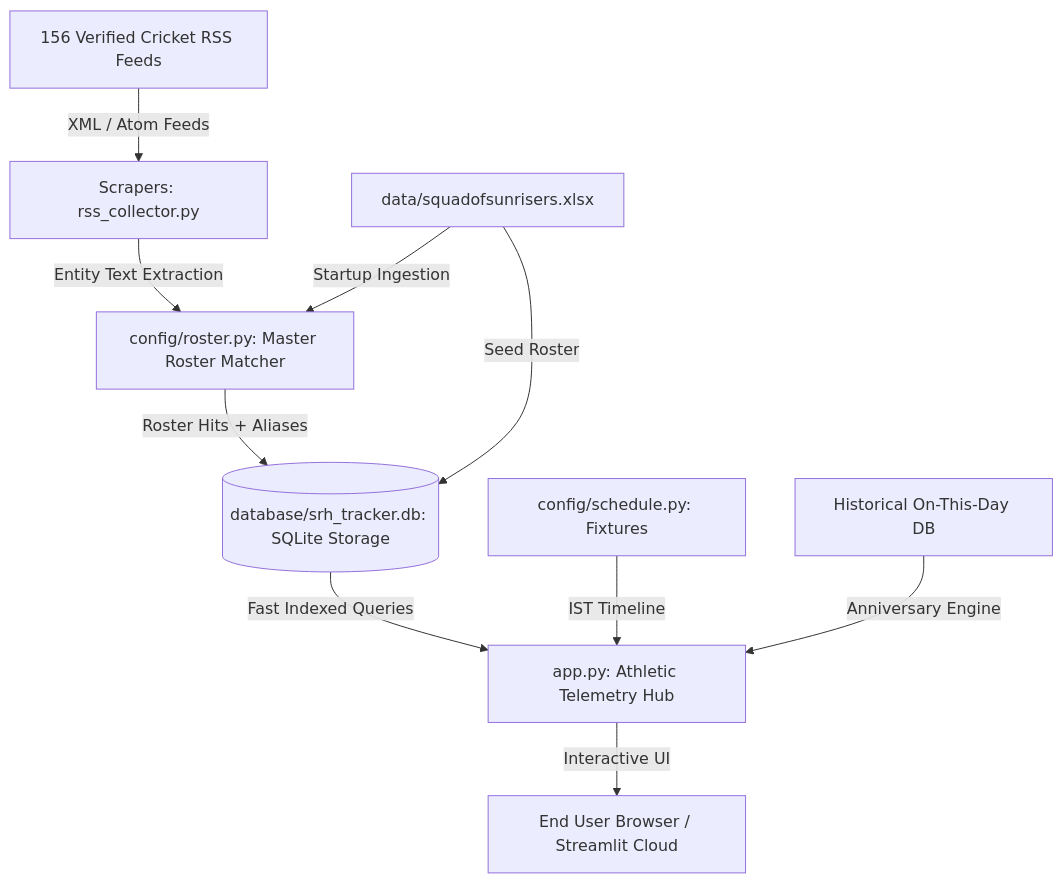
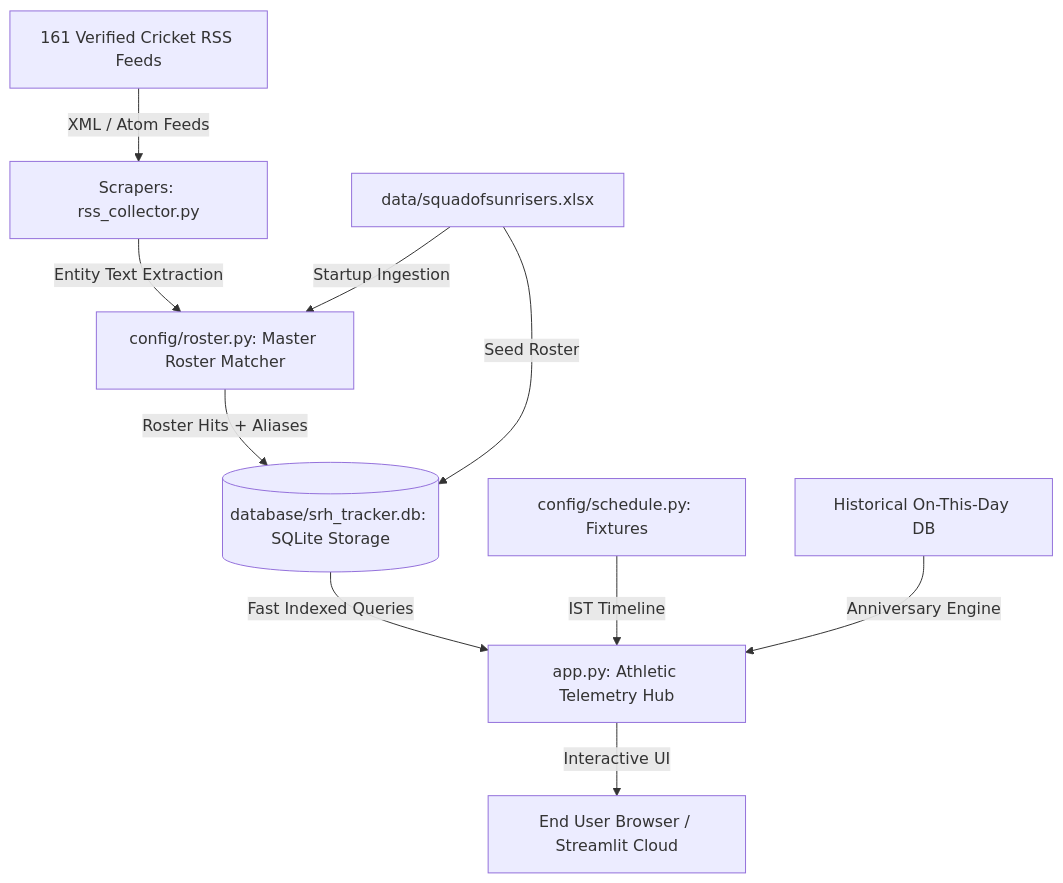
One commit to Snohith/srhtrack changed the diagram in docs/ARCHITECTURE.md. Above: the diagram before and after it, drawn with Mermaid. The commit also changed 7 other files, not shown here.

````diff
--- a/docs/ARCHITECTURE.md
+++ b/docs/ARCHITECTURE.md
@@ -9,15 +9,15 @@
 ```mermaid
 graph TD
-    A[156 Verified Cricket RSS Feeds] -->|XML / Atom Feeds| B[Scrapers: rss_collector.py]
+    A[161 Verified Cricket RSS Feeds] -->|XML / Atom Feeds| B[Scrapers: rss_collector.py]
     B -->|Entity Text Extraction| C[config/roster.py: Master Roster Matcher]
     C -->|Roster Hits + Aliases| E[(database/srh_tracker.db: SQLite Storage)]
     
     F[data/squadofsunrisers.xlsx] -->|Startup Ingestion| C
     F -->|Seed Roster| E
     
     E -->|Fast Indexed Queries| G[app.py: Athletic Telemetry Hub]
     H[config/schedule.py: Fixtures] -->|IST Timeline| G
     I[Historical On-This-Day DB] -->|Anniversary Engine| G
     
     G -->|Interactive UI| J[End User Browser / Streamlit Cloud]
 ```
````
